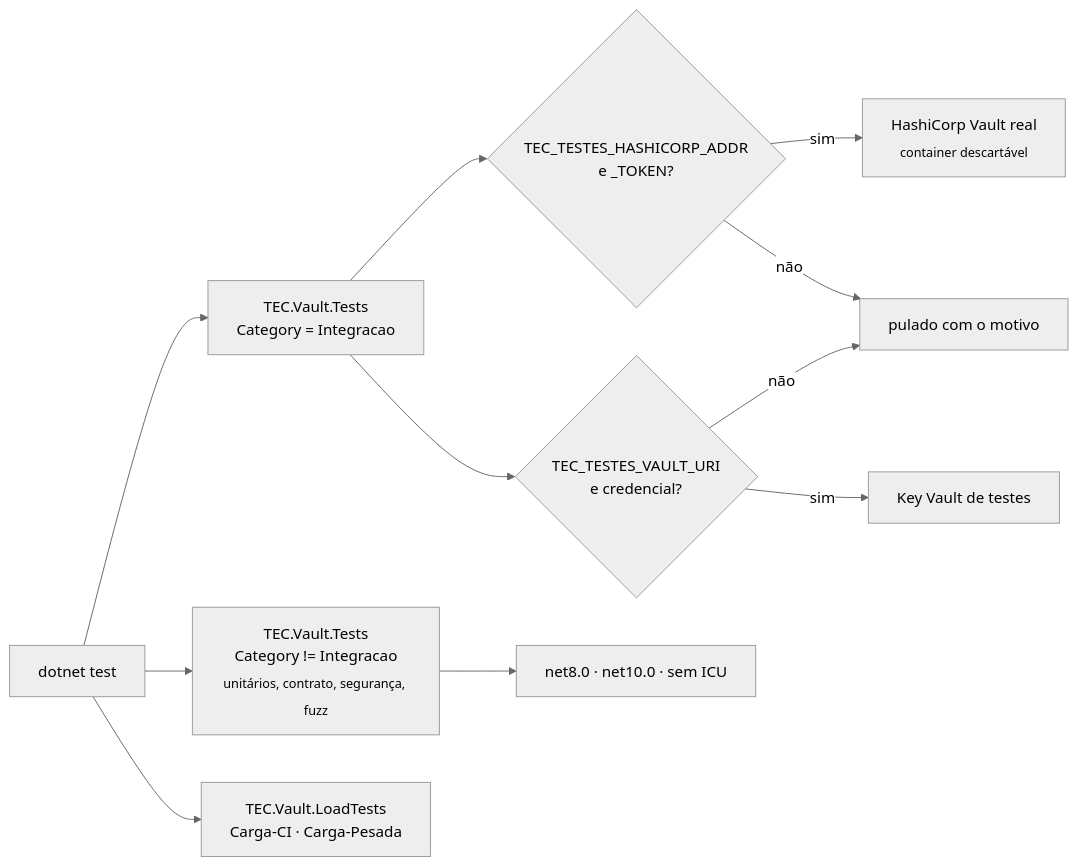
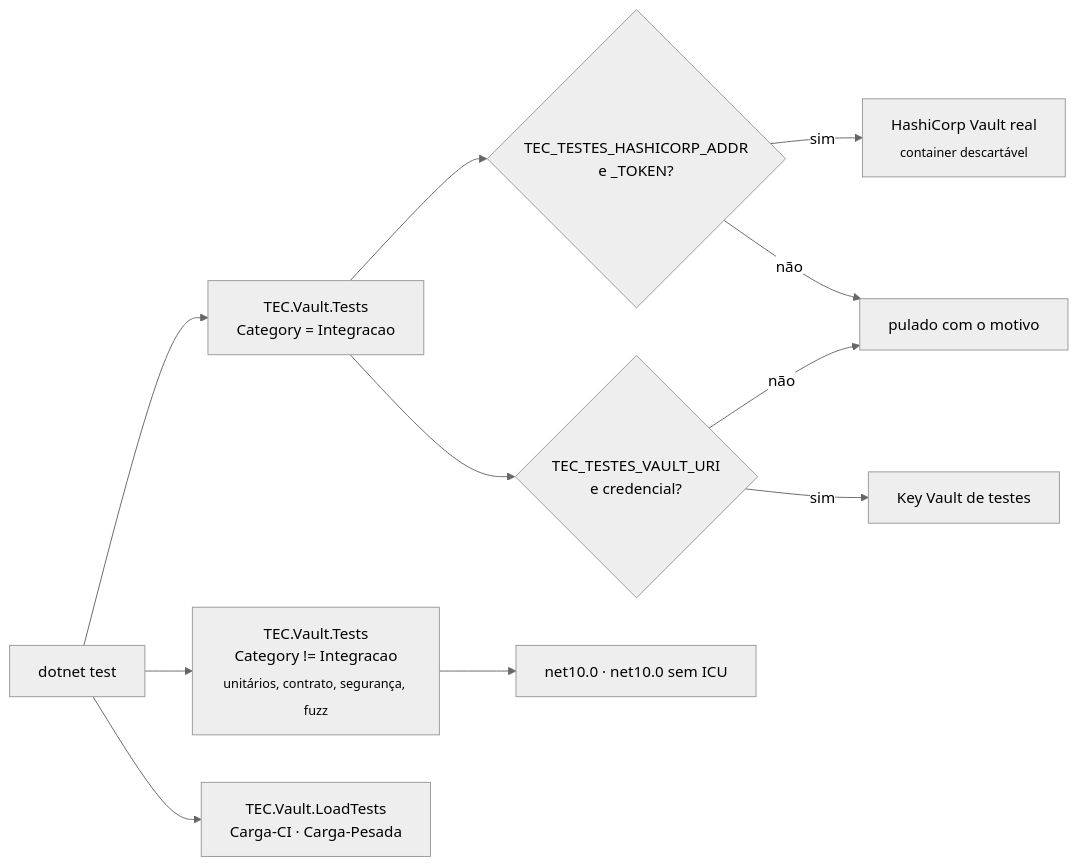
One commit to tudoemcodigo/lib-tec-vault changed the first of 3 diagrams in docs/testes.md. Above: the diagram before and after it, drawn with Mermaid (neutral theme). The commit also changed other lines of this file and 98 other files, not shown here.

````diff
--- a/docs/testes.md
+++ b/docs/testes.md
@@ -30,13 +30,13 @@
 ```mermaid
 flowchart LR
     T["dotnet test"] --> U["TEC.Vault.Tests<br/>Category != Integracao<br/><sub>unitários, contrato, segurança, fuzz</sub>"]
     T --> I["TEC.Vault.Tests<br/>Category = Integracao"]
     T --> L["TEC.Vault.LoadTests<br/>Carga-CI · Carga-Pesada"]
     I --> H{"TEC_TESTES_HASHICORP_ADDR<br/>e _TOKEN?"}
     H -->|"sim"| HV["HashiCorp Vault real<br/><sub>container descartável</sub>"]
     H -->|"não"| SK["pulado com o motivo"]
     I --> A{"TEC_TESTES_VAULT_URI<br/>e credencial?"}
     A -->|"sim"| KV["Key Vault de testes"]
     A -->|"não"| SK
-    U --> R["net8.0 · net10.0 · sem ICU"]
+    U --> R["net10.0 · net10.0 sem ICU"]
 ```
````
